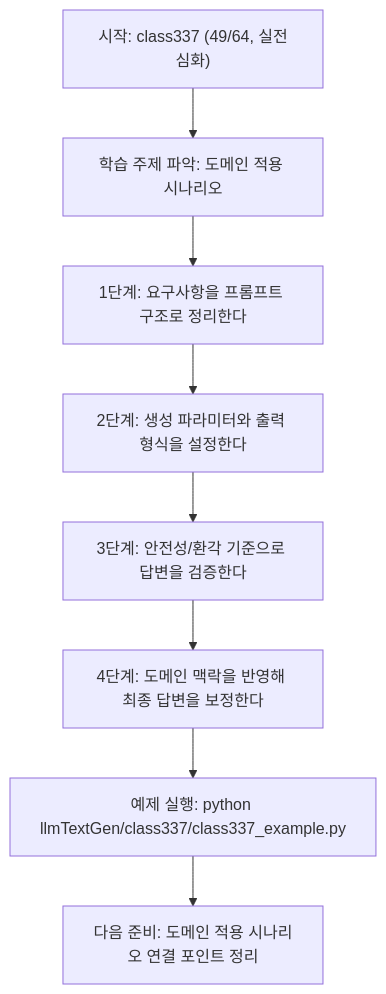
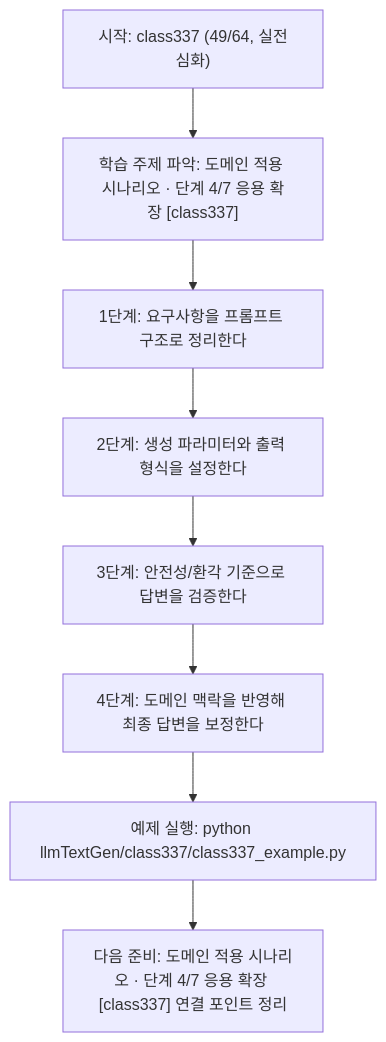
One commit to edumgt/Python-AI_Agent-Class changed the diagram in llmTextGen/class337/class337.md. Above: the diagram before and after it, drawn with Mermaid. The commit also changed other lines of this file and 522 other files, not shown here.

````diff
--- a/llmTextGen/class337/class337.md
+++ b/llmTextGen/class337/class337.md
@@ -113,18 +114,18 @@
 ```mermaid
 flowchart TD
 N1["시작: class337 (49/64, 실전심화)"]
-N2["학습 주제 파악: 도메인 적용 시나리오"]
+N2["학습 주제 파악: 도메인 적용 시나리오 · 단계 4/7 응용 확장 [class337]"]
 N3["1단계: 요구사항을 프롬프트 구조로 정리한다"]
 N4["2단계: 생성 파라미터와 출력 형식을 설정한다"]
 N5["3단계: 안전성/환각 기준으로 답변을 검증한다"]
 N6["4단계: 도메인 맥락을 반영해 최종 답변을 보정한다"]
 N7["예제 실행: python llmTextGen/class337/class337_example.py"]
-N8["다음 준비: 도메인 적용 시나리오 연결 포인트 정리"]
+N8["다음 준비: 도메인 적용 시나리오 · 단계 4/7 응용 확장 [class337] 연결 포인트 정리"]
 N1 --> N2
 N2 --> N3
 N3 --> N4
 N4 --> N5
 N5 --> N6
 N6 --> N7
 N7 --> N8
 ```
````
